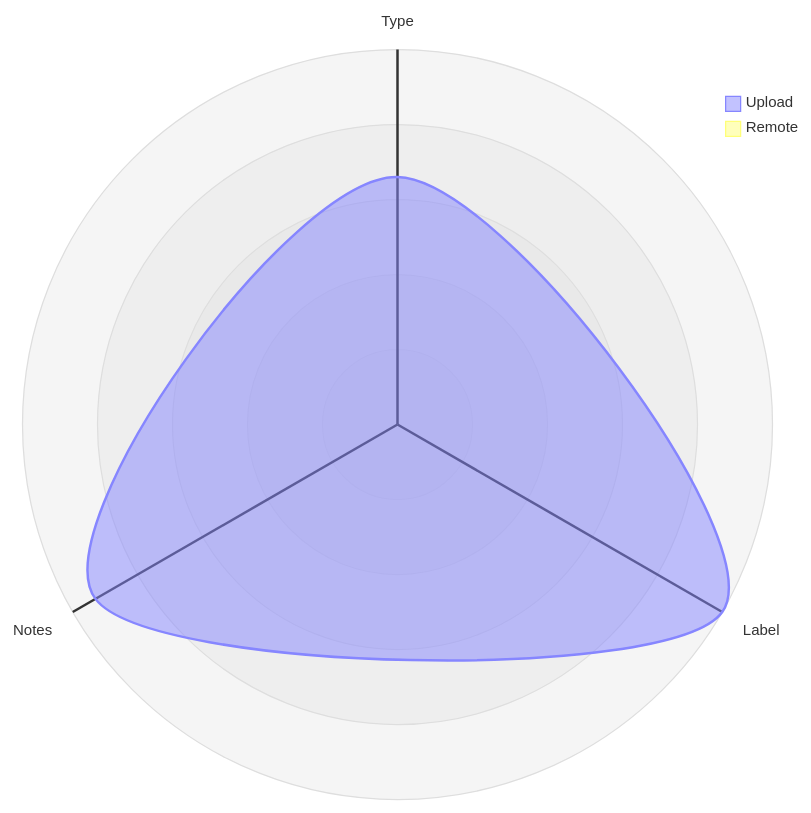
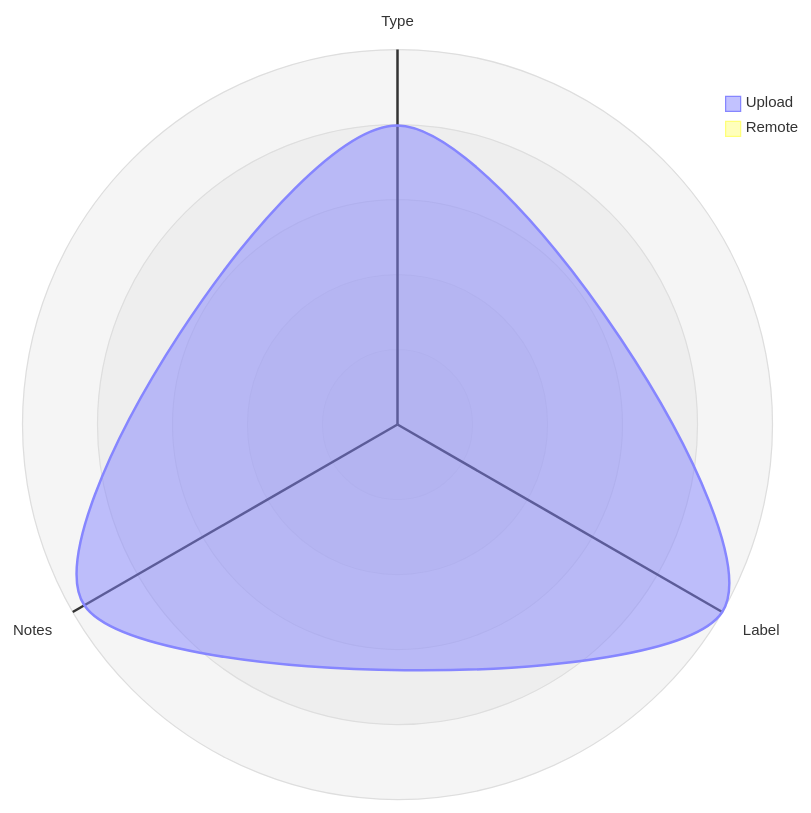
Before and after one commit to open-data/analytics-corporate-reporting: the third of 5 diagrams in datastore_tracker/README.md, drawn with Mermaid. The commit also changed 9 other files, not shown here.

````diff
--- a/datastore_tracker/README.md
+++ b/datastore_tracker/README.md
@@ -106,12 +106,12 @@
 ```mermaid
 radar-beta
   axis T["Type"], L["Label"], N["Notes"]
-  curve u["Upload"]{0.00066, 0.001, 0.00093}
+  curve u["Upload"]{0.00067, 0.00084, 0.00081}
   curve r["Remote"]{0, 0, 0}
 
   showLegend true
 
   min 0
   graticule circle
   ticks 5
 ```
````
